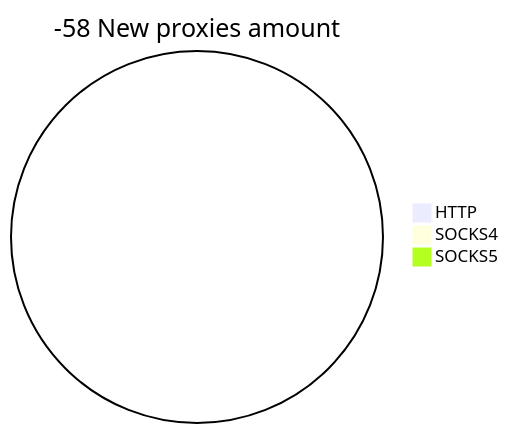
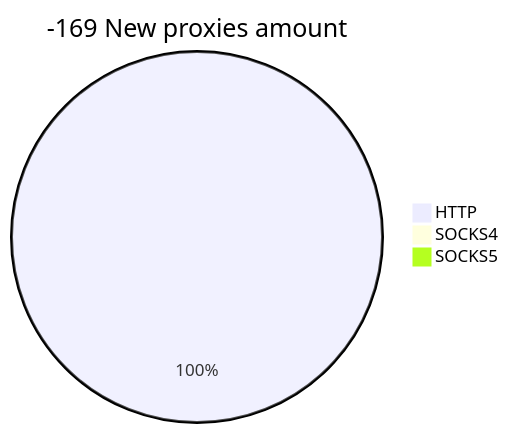
One commit to cutipu/proxylist changed the second of 2 diagrams in README.md. Above: the diagram before and after it, drawn with Mermaid. The commit also changed other lines of this file, not shown here.

````diff
--- a/README.md
+++ b/README.md
@@ -10,6 +10,6 @@
 ```mermaid
-pie title -58 New proxies amount
-    "HTTP" : 0
+pie title -169 New proxies amount
+    "HTTP" : 45
     "SOCKS4" : 0
     "SOCKS5" : 0
 ```
````
